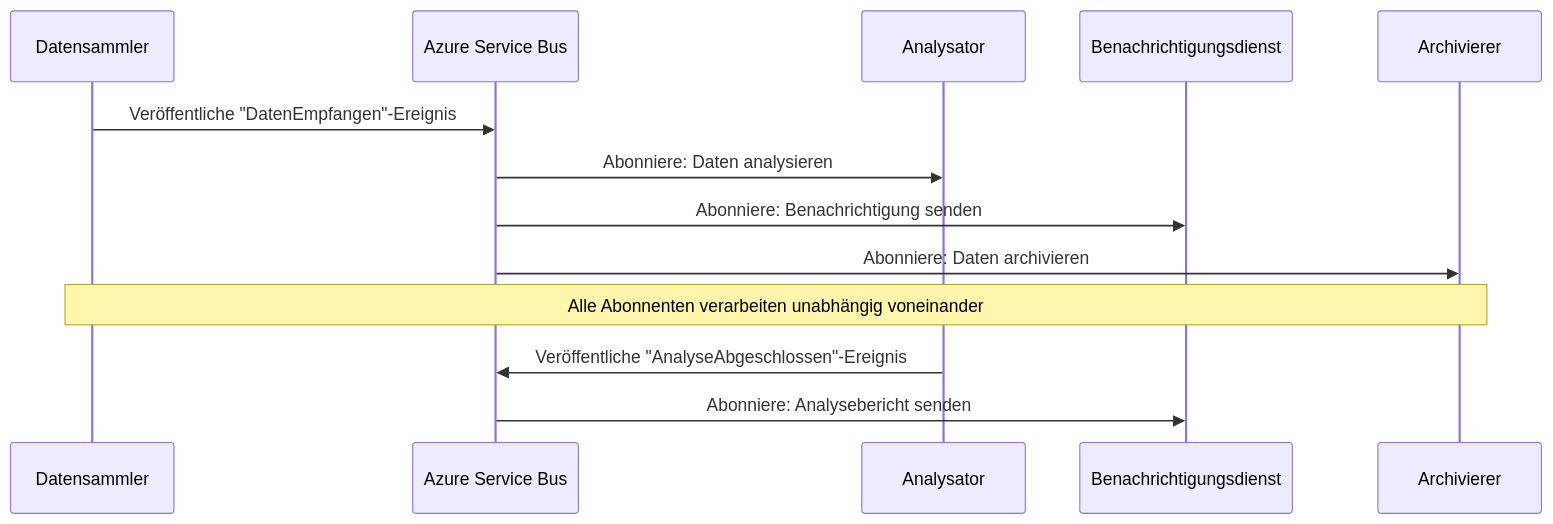
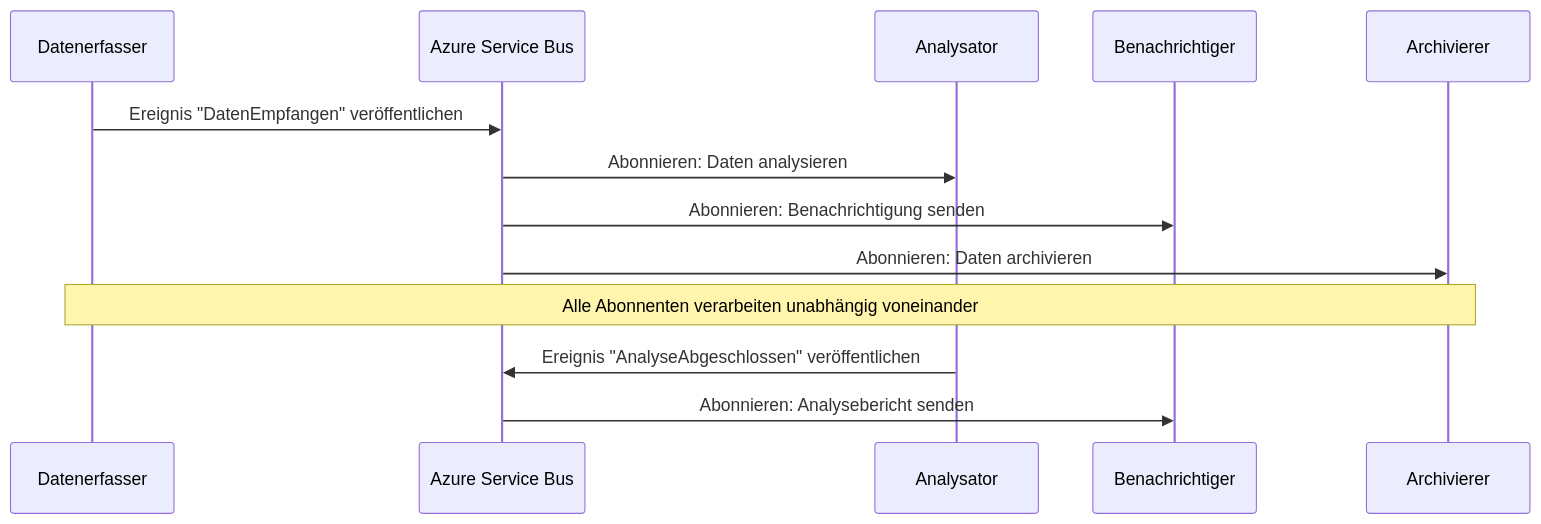
Before and after one commit to microsoft/AZD-for-beginners: the third of 5 diagrams in translations/de/docs/chapter-06-pre-deployment/coordination-patterns.md, drawn with Mermaid. The commit also changed other lines of this file and 101 other files, not shown here.

````diff
--- a/translations/de/docs/chapter-06-pre-deployment/coordination-patterns.md
+++ b/translations/de/docs/chapter-06-pre-deployment/coordination-patterns.md
@@ -192,18 +185,18 @@
 ```mermaid
 sequenceDiagram
-    participant Agent1 as Datensammler
+    participant Agent1 as Datenerfasser
     participant EventBus as Azure Service Bus
     participant Agent2 as Analysator
-    participant Agent3 as Benachrichtigungsdienst
+    participant Agent3 as Benachrichtiger
     participant Agent4 as Archivierer
     
-    Agent1->>EventBus: Veröffentliche "DatenEmpfangen"-Ereignis
-    EventBus->>Agent2: Abonniere: Daten analysieren
-    EventBus->>Agent3: Abonniere: Benachrichtigung senden
-    EventBus->>Agent4: Abonniere: Daten archivieren
+    Agent1->>EventBus: Ereignis "DatenEmpfangen" veröffentlichen
+    EventBus->>Agent2: Abonnieren: Daten analysieren
+    EventBus->>Agent3: Abonnieren: Benachrichtigung senden
+    EventBus->>Agent4: Abonnieren: Daten archivieren
     
     Note over Agent1,Agent4: Alle Abonnenten verarbeiten unabhängig voneinander
     
-    Agent2->>EventBus: Veröffentliche "AnalyseAbgeschlossen"-Ereignis
-    EventBus->>Agent3: Abonniere: Analysebericht senden
+    Agent2->>EventBus: Ereignis "AnalyseAbgeschlossen" veröffentlichen
+    EventBus->>Agent3: Abonnieren: Analysebericht senden
 ```
````
